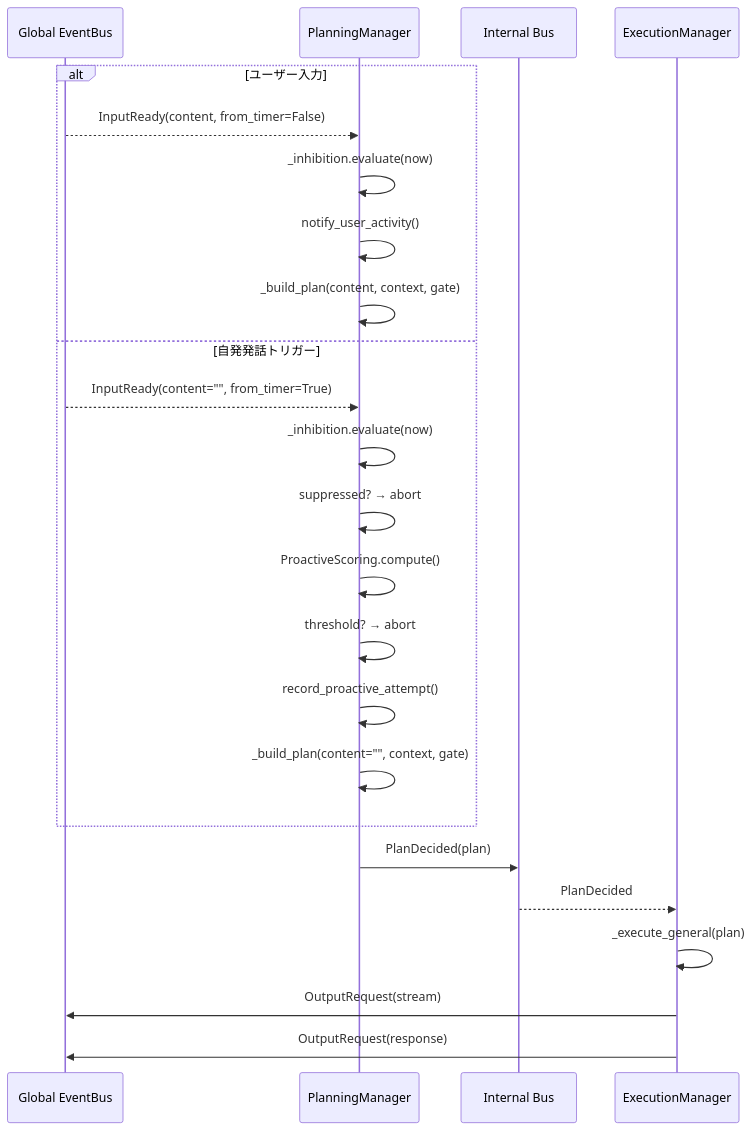
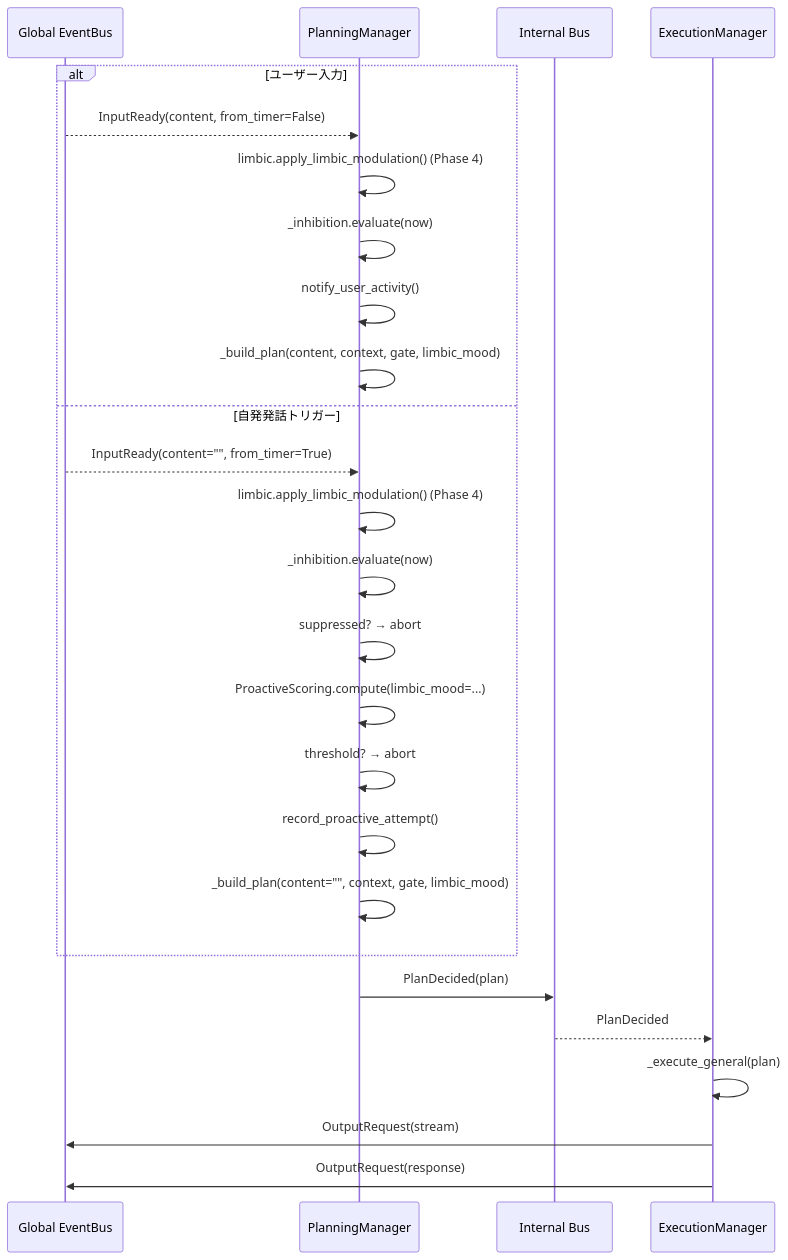
Before and after one commit to ibukani/iris-mind: the first of 3 diagrams in docs/agency-layer.md, drawn with Mermaid. The commit also changed other lines of this file and 25 other files, not shown here.

````diff
--- a/docs/agency-layer.md
+++ b/docs/agency-layer.md
@@ -40,29 +40,31 @@
 ```mermaid
 sequenceDiagram
     participant EB as Global EventBus
     participant PL as PlanningManager
     participant IB as Internal Bus
     participant EX as ExecutionManager
 
     alt ユーザー入力
         EB-->>PL: InputReady(content, from_timer=False)
+        PL->>PL: limbic.apply_limbic_modulation()  (Phase 4)
         PL->>PL: _inhibition.evaluate(now)
         PL->>PL: notify_user_activity()
-        PL->>PL: _build_plan(content, context, gate)
+        PL->>PL: _build_plan(content, context, gate, limbic_mood)
     else 自発発話トリガー
         EB-->>PL: InputReady(content="", from_timer=True)
+        PL->>PL: limbic.apply_limbic_modulation()  (Phase 4)
         PL->>PL: _inhibition.evaluate(now)
         PL->>PL: suppressed? → abort
-        PL->>PL: ProactiveScoring.compute()
+        PL->>PL: ProactiveScoring.compute(limbic_mood=...)
         PL->>PL: threshold? → abort
         PL->>PL: record_proactive_attempt()
-        PL->>PL: _build_plan(content="", context, gate)
+        PL->>PL: _build_plan(content="", context, gate, limbic_mood)
     end
 
     PL->>IB: PlanDecided(plan)
     IB-->>EX: PlanDecided
 
     EX->>EX: _execute_general(plan)  # action分岐なし
     EX->>EB: OutputRequest(stream)
     EX->>EB: OutputRequest(response)
 ```
````
